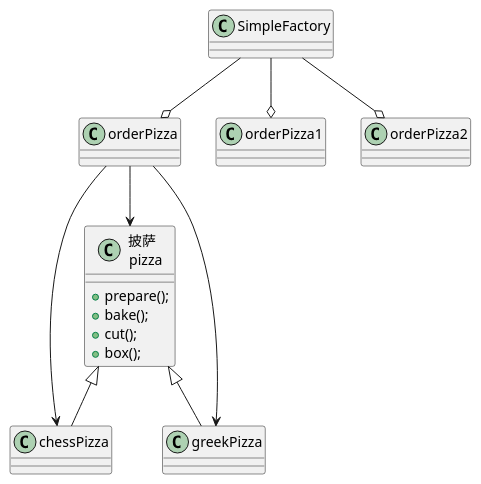
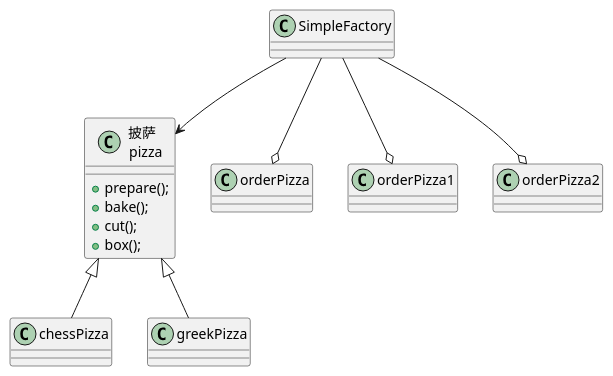
One commit to yanyige/DesignPattern changed the diagram in src/main/java/com/alibaba/dataworks/design/factory/sinplefactory/factorystore/puml/class.puml. Above: the diagram before and after it, drawn with PlantUML. The commit also changed 10 other files, not shown here.

```diff
--- a/src/main/java/com/alibaba/dataworks/design/factory/sinplefactory/factorystore/puml/class.puml
+++ b/src/main/java/com/alibaba/dataworks/design/factory/sinplefactory/factorystore/puml/class.puml
@@ -1,39 +1,38 @@
 @startuml
 
 class "披萨 \n pizza" as pizza {
     + prepare();
     + bake();
     + cut();
     + box();
 }
 
 class chessPizza {
 }
 
 class greekPizza {
 }
 
 class orderPizza {
 }
 
 class orderPizza1 {
 }
 
 class orderPizza2 {
 }
 
 class SimpleFactory {
 }
 
 pizza <|-- chessPizza
 pizza <|-- greekPizza
 
-orderPizza --> pizza
-orderPizza --> greekPizza
-orderPizza --> chessPizza
+SimpleFactory --> pizza
+
 
 SimpleFactory --o orderPizza
 SimpleFactory --o orderPizza1
 SimpleFactory --o orderPizza2
 
 @enduml
```
